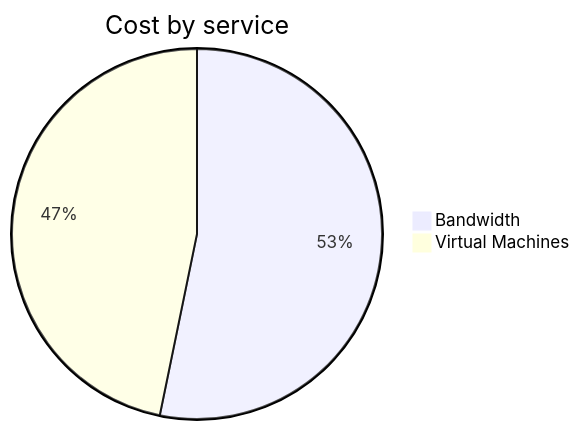
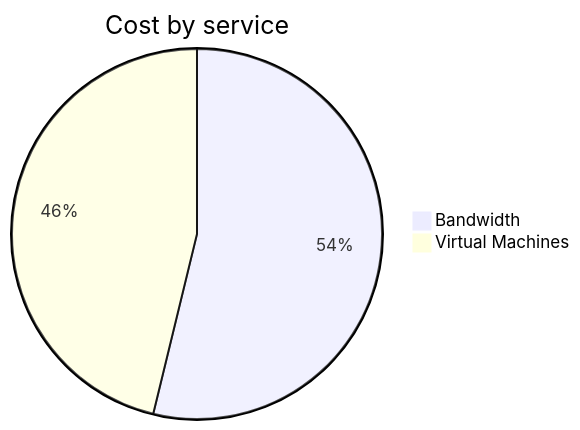
The second of 4 diagrams in cost-reports/personal-network/vpn-server.md (jpfulton/azure-personal-reports), drawn with Mermaid before and after one commit. The commit also changed other lines of this file and 7 other files, not shown here.

````diff
--- a/cost-reports/personal-network/vpn-server.md
+++ b/cost-reports/personal-network/vpn-server.md
@@ -96,6 +96,6 @@
 ```mermaid
 pie
    title Cost by service
-   "Bandwidth" : 5.12
-   "Virtual Machines" : 4.50
+   "Bandwidth" : 5.45
+   "Virtual Machines" : 4.68
 ```
````
